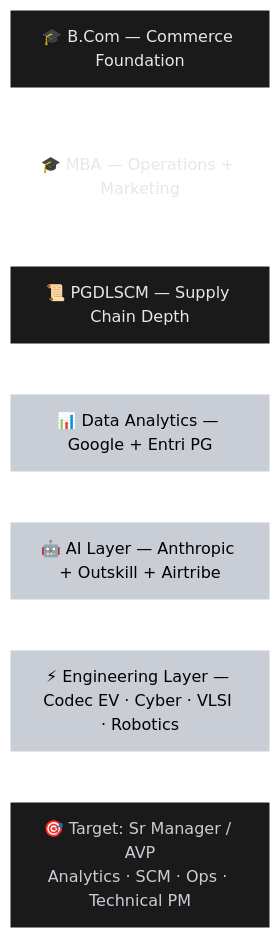
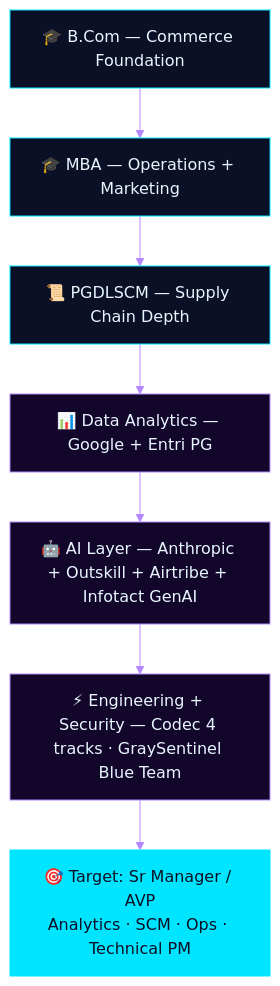
The diagram in EDUCATION.md (Eswar5313/Eswar5313), drawn with Mermaid before and after one commit. The commit also changed other lines of this file and 22 other files, not shown here.

````diff
--- a/EDUCATION.md
+++ b/EDUCATION.md
@@ -61,17 +63,17 @@
 ```mermaid
-%%{init: {'theme':'base','themeVariables':{'primaryColor':'#222222','primaryTextColor':'#FFFFFF','primaryBorderColor':'#FFFFFF','lineColor':'#FFFFFF','secondaryColor':'#000000','tertiaryColor':'#1A1A1A','cScale0':'#222222','cScale1':'#3A3A3A','cScale2':'#1A1A1A','cScale3':'#2A2A2A','pie1':'#FFFFFF','pie2':'#C9CDD6','pie3':'#9A9A9A','pie4':'#6A6A6A','pie5':'#3A3A3A','pie6':'#1A1A1A','fontFamily':'Georgia, serif'}}}%%
+%%{init: {'theme':'base','themeVariables':{'primaryColor':'#0B1026','primaryTextColor':'#E8F6FF','primaryBorderColor':'#00E5FF','lineColor':'#B388FF','secondaryColor':'#12062B','tertiaryColor':'#1B1F4B','cScale0':'#0B1026','cScale1':'#12062B','cScale2':'#1B1F4B','cScale3':'#0B1026','fontFamily':'Orbitron, Segoe UI, sans-serif'}}}%%
 flowchart TD
     A[🎓 B.Com — Commerce Foundation] --> B[🎓 MBA — Operations + Marketing]
     B --> C[📜 PGDLSCM — Supply Chain Depth]
     C --> D[📊 Data Analytics — Google + Entri PG]
-    D --> E[🤖 AI Layer — Anthropic + Outskill + Airtribe]
-    E --> G[⚡ Engineering Layer — Codec EV · Cyber · VLSI · Robotics]
+    D --> E[🤖 AI Layer — Anthropic + Outskill + Airtribe + Infotact GenAI]
+    E --> G[⚡ Engineering + Security — Codec 4 tracks · GraySentinel Blue Team]
     G --> F[🎯 Target: Sr Manager / AVP\nAnalytics · SCM · Ops · Technical PM]
-    style A fill:#1A1A1A,color:#E5E7EB
-    style B fill:#FFFFFF,color:#E5E7EB
-    style C fill:#1A1A1A,color:#E5E7EB
-    style D fill:#C9CDD6,color:#000000
-    style E fill:#C9CDD6,color:#000000
-    style G fill:#C9CDD6,color:#000000
-    style F fill:#1A1A1A,color:#C9CDD6
+    style A fill:#0B1026,color:#E8F6FF,stroke:#00E5FF
+    style B fill:#0B1026,color:#E8F6FF,stroke:#00E5FF
+    style C fill:#0B1026,color:#E8F6FF,stroke:#00E5FF
+    style D fill:#12062B,color:#E8F6FF,stroke:#B388FF
+    style E fill:#12062B,color:#E8F6FF,stroke:#B388FF
+    style G fill:#12062B,color:#E8F6FF,stroke:#B388FF
+    style F fill:#00E5FF,color:#0B1026,stroke:#00E5FF
 ```
````
